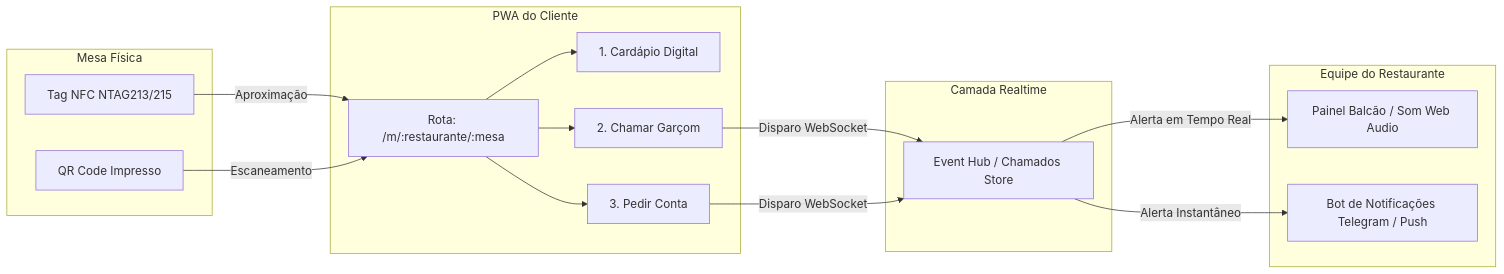
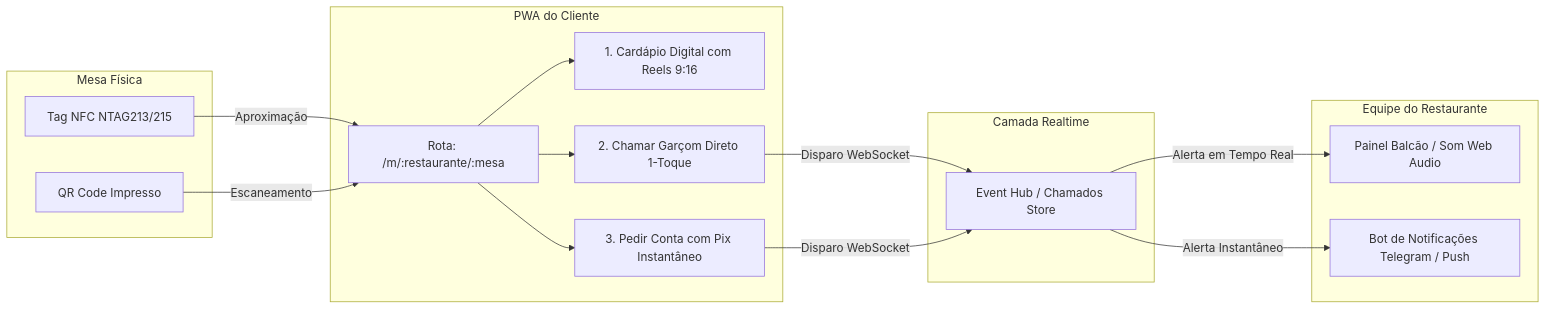
The diagram in documentation/ARCHITECTURE.md (kazuhirokamim/clickspot), drawn with Mermaid before and after one commit. The commit also changed other lines of this file and 15 other files, not shown here.

````diff
--- a/documentation/ARCHITECTURE.md
+++ b/documentation/ARCHITECTURE.md
@@ -6,33 +6,33 @@
 ```mermaid
 flowchart LR
     subgraph Hardware [Mesa Física]
         NFC[Tag NFC NTAG213/215]
         QR[QR Code Impresso]
     end
 
     subgraph Cliente [PWA do Cliente]
         TelaMesa[Rota: /m/:restaurante/:mesa]
-        Acao1[1. Cardápio Digital]
-        Acao2[2. Chamar Garçom]
-        Acao3[3. Pedir Conta]
+        Acao1[1. Cardápio Digital com Reels 9:16]
+        Acao2[2. Chamar Garçom Direto 1-Toque]
+        Acao3[3. Pedir Conta com Pix Instantâneo]
     end
 
     subgraph Backend [Camada Realtime]
         Store[Event Hub / Chamados Store]
     end
 
     subgraph Salao [Equipe do Restaurante]
         PainelWeb[Painel Balcão / Som Web Audio]
         BotTelegram[Bot de Notificações Telegram / Push]
     end
 
     NFC -->|Aproximação| TelaMesa
     QR -->|Escaneamento| TelaMesa
     TelaMesa --> Acao1
     TelaMesa --> Acao2
     TelaMesa --> Acao3
     Acao2 -->|Disparo WebSocket| Store
     Acao3 -->|Disparo WebSocket| Store
     Store -->|Alerta em Tempo Real| PainelWeb
     Store -->|Alerta Instantâneo| BotTelegram
 ```
````
